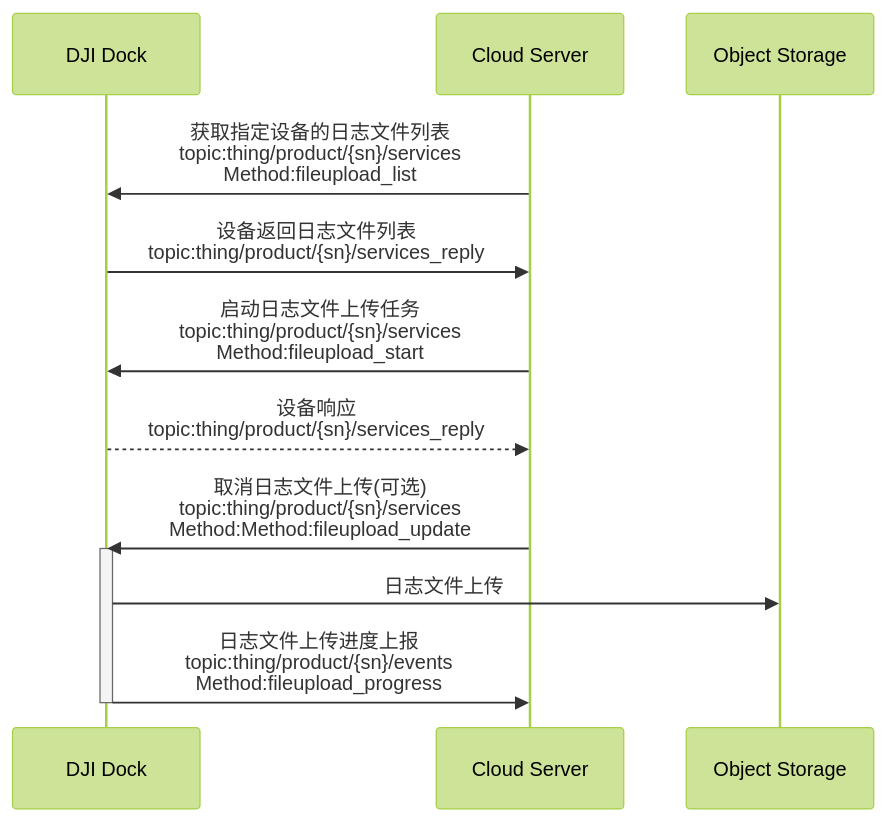
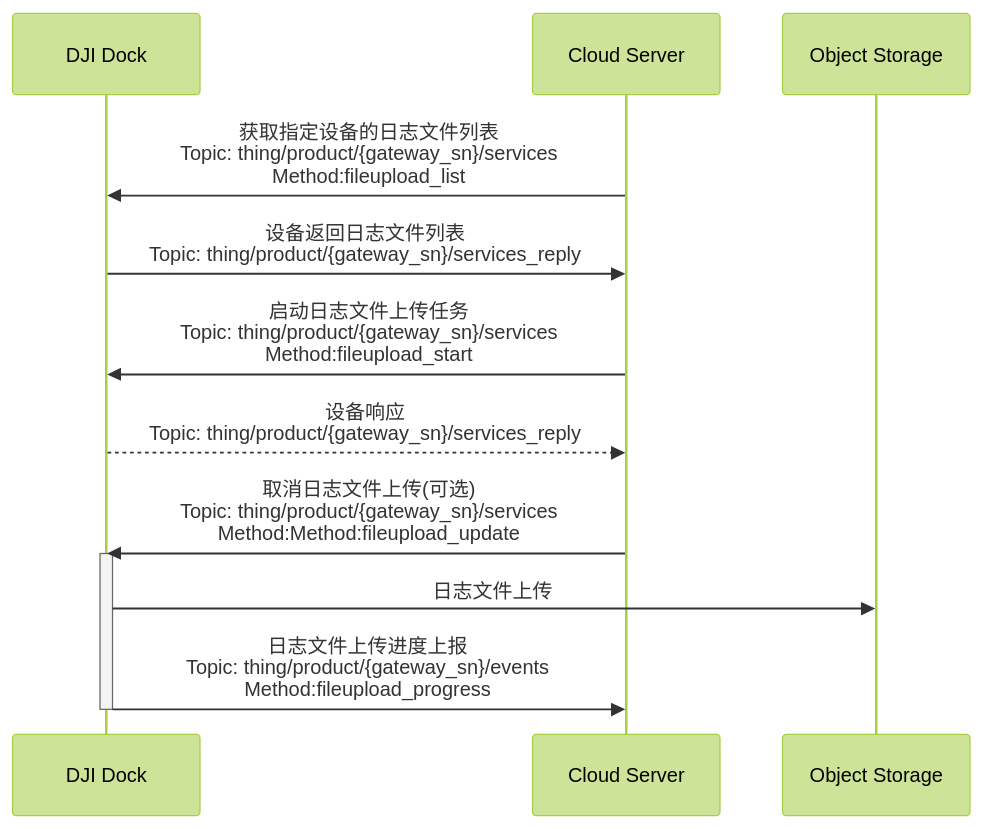
One commit to dji-sdk/Cloud-API-Doc changed the diagram in docs/cn/30.feature-set/20.dock-feature-set/90.remote-log.md. Above: the diagram before and after it, drawn with Mermaid (forest theme). The commit also changed 72 other files, not shown here.

````diff
--- a/docs/cn/30.feature-set/20.dock-feature-set/90.remote-log.md
+++ b/docs/cn/30.feature-set/20.dock-feature-set/90.remote-log.md
@@ -13,20 +13,20 @@
 ```mermaid
 sequenceDiagram
 
 participant client as DJI Dock
 participant app_server as Cloud Server
 participant storage as Object Storage
 
-app_server ->> client : 获取指定设备的日志文件列表<br/>topic:thing/product/{sn}/services<br/>Method:fileupload_list
-client ->> app_server : 设备返回日志文件列表<br/>topic:thing/product/{sn}/services_reply
+app_server ->> client : 获取指定设备的日志文件列表<br/>Topic: thing/product/{gateway_sn}/services<br/>Method:fileupload_list
+client ->> app_server : 设备返回日志文件列表<br/>Topic: thing/product/{gateway_sn}/services_reply
 
-app_server ->> client : 启动日志文件上传任务<br/>topic:thing/product/{sn}/services<br/>Method:fileupload_start
-client -->> app_server  : 设备响应<br/>topic:thing/product/{sn}/services_reply
-app_server ->> client : 取消日志文件上传(可选)<br/>topic:thing/product/{sn}/services<br/>Method:Method:fileupload_update
+app_server ->> client : 启动日志文件上传任务<br/>Topic: thing/product/{gateway_sn}/services<br/>Method:fileupload_start
+client -->> app_server  : 设备响应<br/>Topic: thing/product/{gateway_sn}/services_reply
+app_server ->> client : 取消日志文件上传(可选)<br/>Topic: thing/product/{gateway_sn}/services<br/>Method:Method:fileupload_update
 
 activate client
 client ->> storage : 日志文件上传
-client ->> app_server : 日志文件上传进度上报<br/>topic:thing/product/{sn}/events<br/>Method:fileupload_progress
+client ->> app_server : 日志文件上传进度上报<br/>Topic: thing/product/{gateway_sn}/events<br/>Method:fileupload_progress
 deactivate client
 
 ```
````
